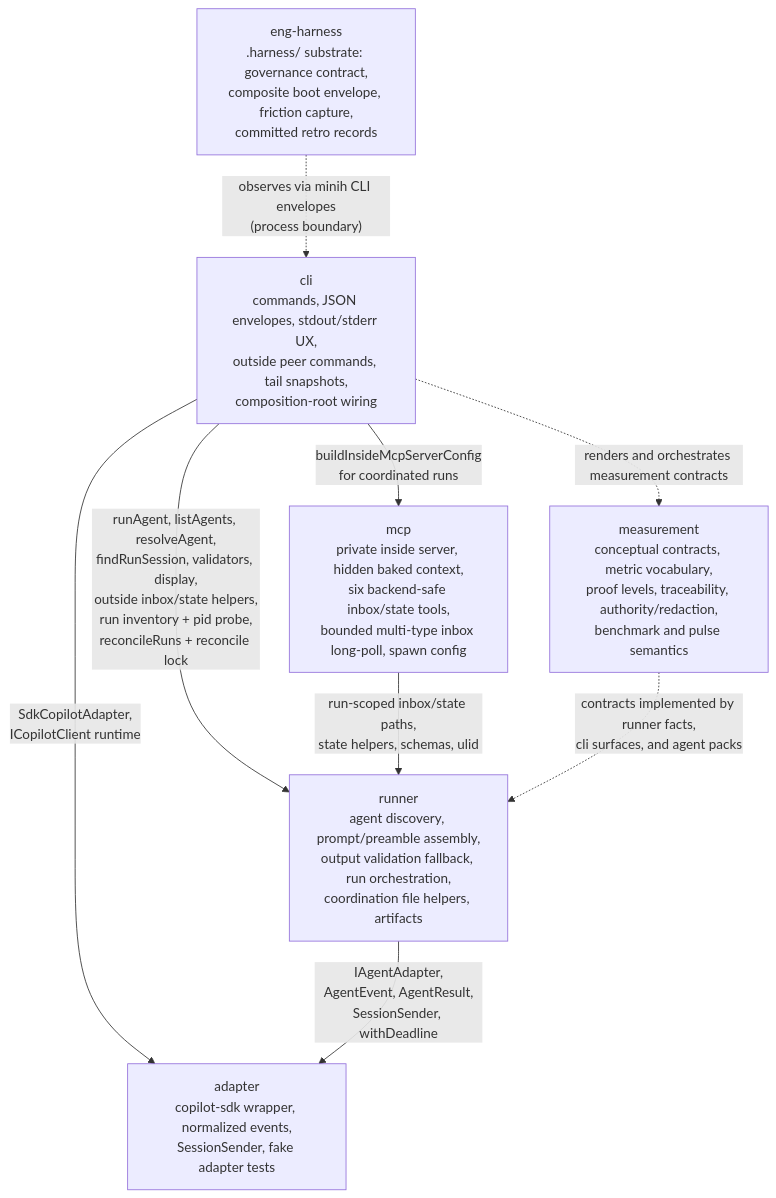
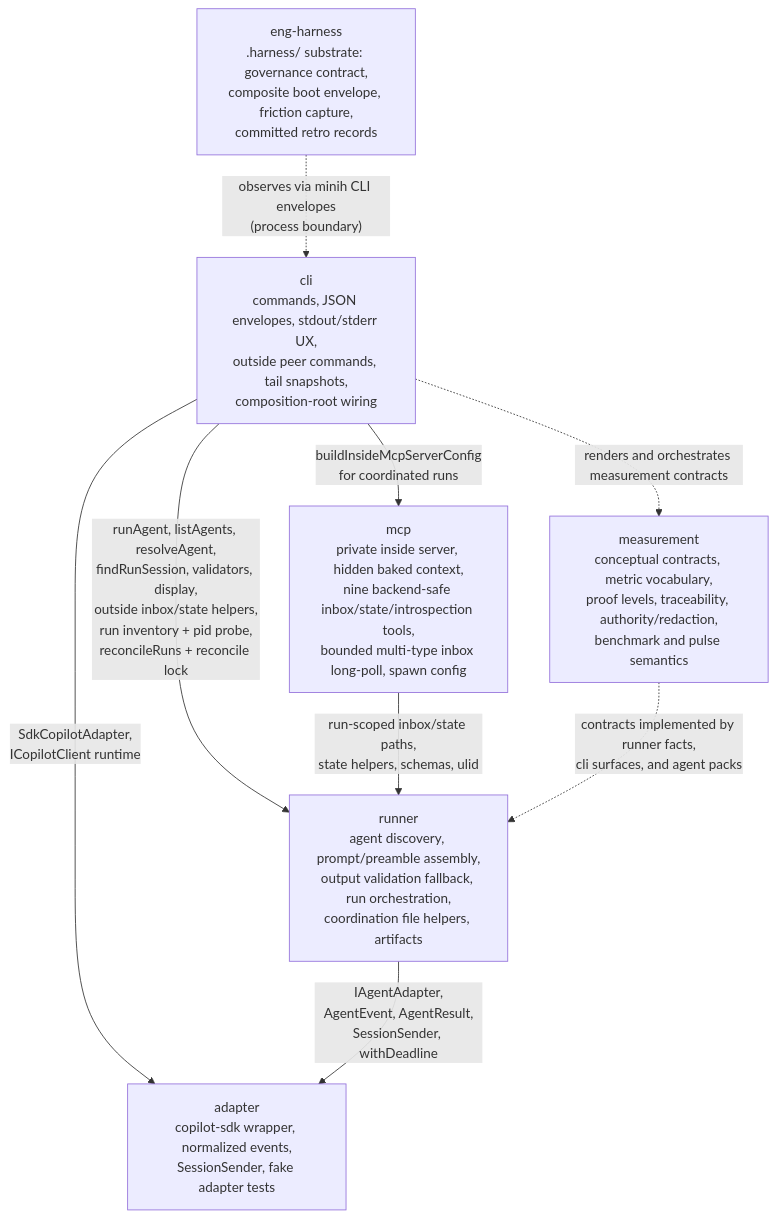
The diagram in docs/domains/domain-map.md (AI-Substrate/minih), drawn with Mermaid before and after one commit. The commit also changed other lines of this file and 74 other files, not shown here.

````diff
--- a/docs/domains/domain-map.md
+++ b/docs/domains/domain-map.md
@@ -3,18 +3,18 @@
 ```mermaid
 flowchart TD
     cli["cli<br/>commands, JSON envelopes, stdout/stderr UX,<br/>outside peer commands, tail snapshots,<br/>composition-root wiring"]
     runner["runner<br/>agent discovery, prompt/preamble assembly,<br/>output validation fallback, run orchestration,<br/>coordination file helpers, artifacts"]
-    mcp["mcp<br/>private inside server, hidden baked context,<br/>six backend-safe inbox/state tools,<br/>bounded multi-type inbox long-poll, spawn config"]
+    mcp["mcp<br/>private inside server, hidden baked context,<br/>nine backend-safe inbox/state/introspection tools,<br/>bounded multi-type inbox long-poll, spawn config"]
     adapter["adapter<br/>copilot-sdk wrapper, normalized events,<br/>SessionSender, fake adapter tests"]
     measurement["measurement<br/>conceptual contracts, metric vocabulary,<br/>proof levels, traceability, authority/redaction,<br/>benchmark and pulse semantics"]
     eng_harness["eng-harness<br/>.harness/ substrate: governance contract,<br/>composite boot envelope, friction capture,<br/>committed retro records"]
 
     cli -- "runAgent, listAgents, resolveAgent,<br/>findRunSession, validators, display,<br/>outside inbox/state helpers,<br/>run inventory + pid probe,<br/>reconcileRuns + reconcile lock" --> runner
     cli -- "buildInsideMcpServerConfig<br/>for coordinated runs" --> mcp
     cli -- "SdkCopilotAdapter,<br/>ICopilotClient runtime" --> adapter
     mcp -- "run-scoped inbox/state paths,<br/>state helpers, schemas, ulid" --> runner
     runner -- "IAgentAdapter,<br/>AgentEvent, AgentResult,<br/>SessionSender, withDeadline" --> adapter
     measurement -. "contracts implemented by runner facts,<br/>cli surfaces, and agent packs" .-> runner
     cli -. "renders and orchestrates measurement contracts" .-> measurement
     eng_harness -. "observes via minih CLI envelopes<br/>(process boundary)" .-> cli
 ```
````
